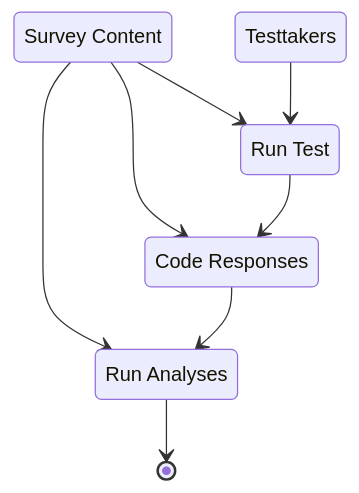
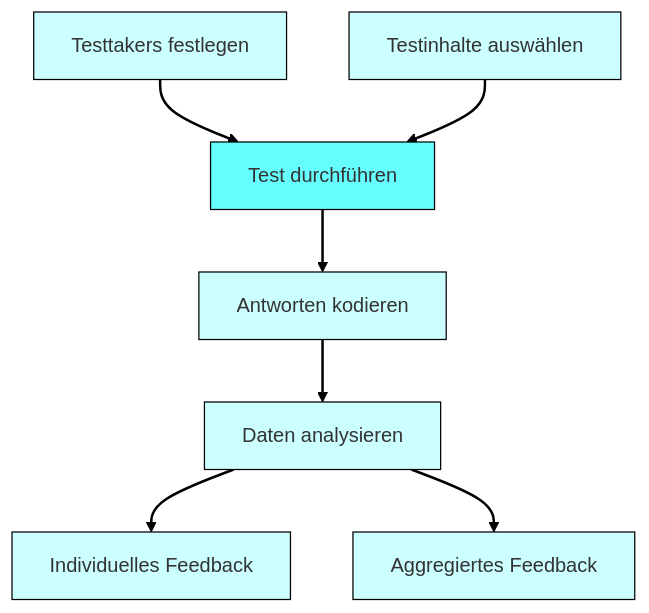
Before and after one commit to iqb-berlin/rising-stars: the diagram in survey/index.qmd, drawn with Mermaid. The commit also changed other lines of this file and 3 other files, not shown here.

````diff
--- a/survey/index.qmd
+++ b/survey/index.qmd
@@ -11,16 +17,21 @@
 ```{mermaid}
-stateDiagram-v2
-    sc: Survey Content
-    td: Testtakers
-    tr: Run Test
-    cr: Code Responses
-    ra: Run Analyses
+flowchart TD
+    classDef test fill:#6ff,stroke:black
+    classDef others fill:#cff,stroke:black
+    td[Testtakers festlegen]:::others
+    sc[Testinhalte auswählen]:::others
+    click sc "content.html"
+    tr[Test durchführen]:::test
+    cr[Antworten kodieren]:::others
+    ra[Daten analysieren]:::others
+    fb1[Individuelles Feedback]:::others
+    fb2[Aggregiertes Feedback]:::others
+    linkStyle default stroke:black,stroke-width:2px,color:black;
 
+    td --> tr
     sc --> tr
-    td --> tr
-    sc --> cr
     tr --> cr
-    sc --> ra
     cr --> ra
-    ra --> [*]
+    ra --> fb1
+    ra --> fb2
 ```
````
